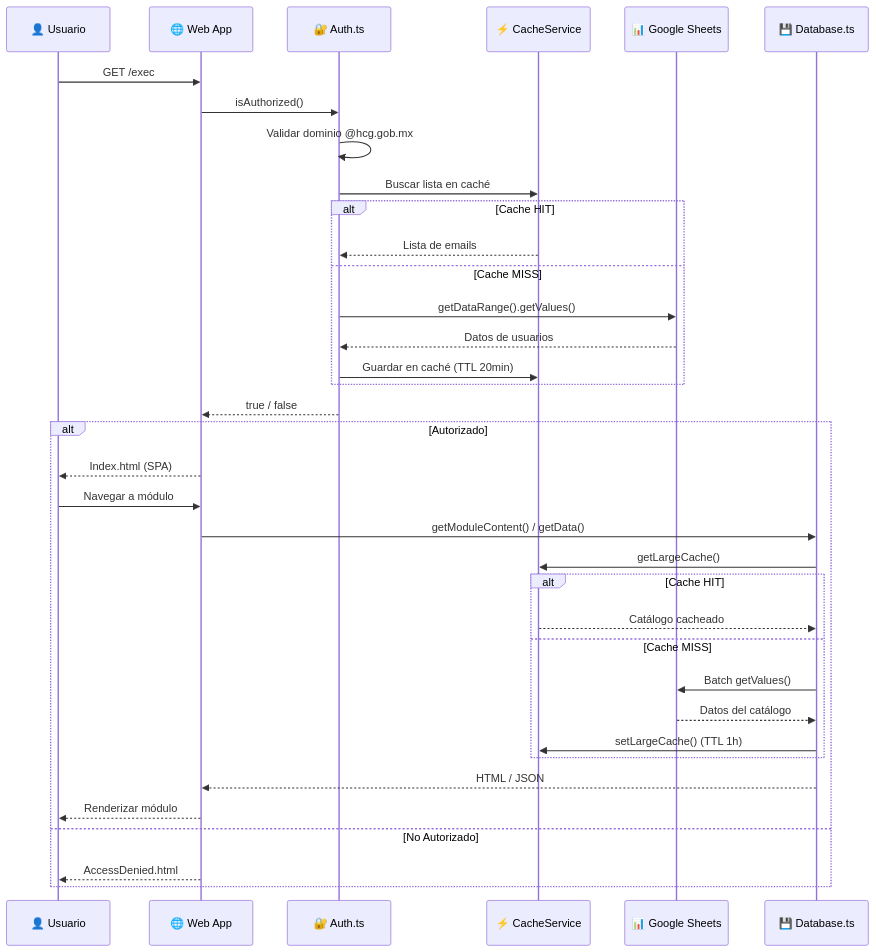
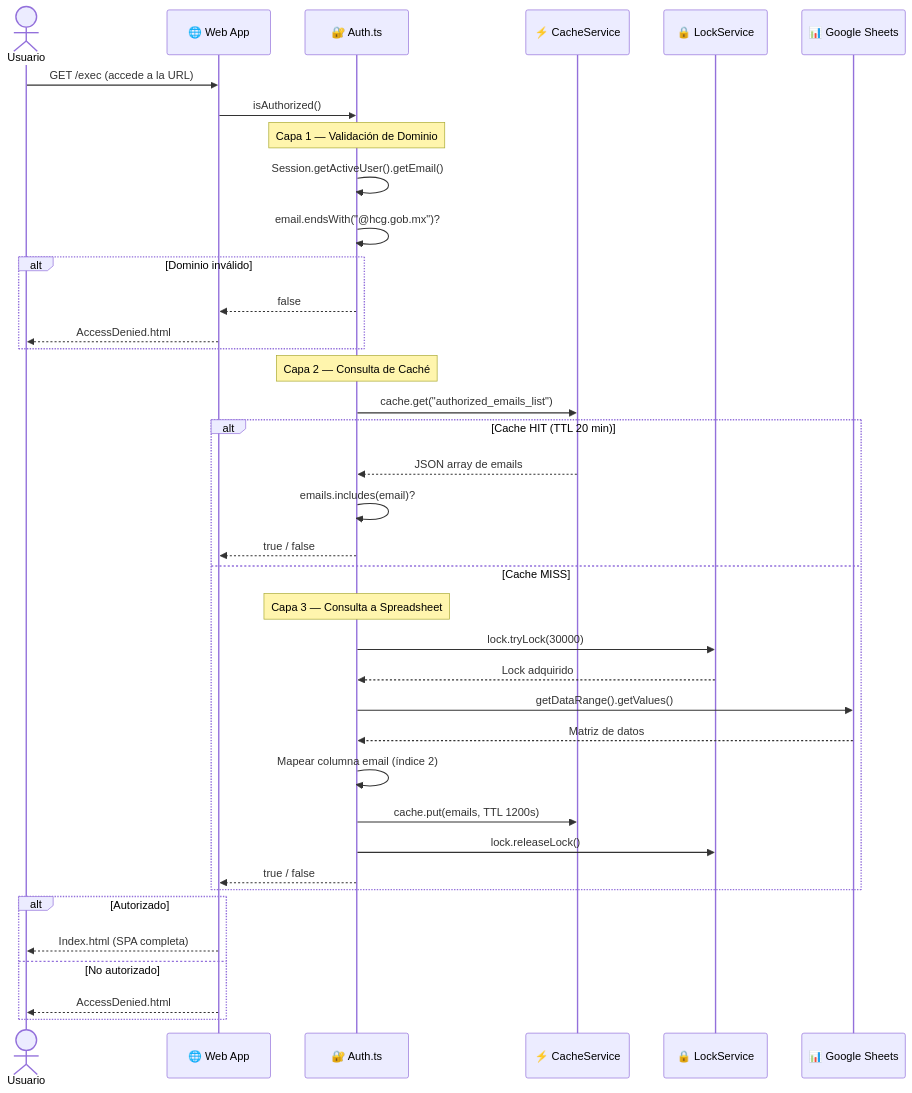
One commit to jlangarica/almacen-viveres changed the second of 9 diagrams in README.md. Above: the diagram before and after it, drawn with Mermaid. The commit also changed other lines of this file and 1 other file, not shown here.

````diff
--- a/README.md
+++ b/README.md
@@ -136,40 +223,49 @@
 ```mermaid
 sequenceDiagram
-    participant U as 👤 Usuario
-    participant W as 🌐 Web App
-    participant A as 🔐 Auth.ts
-    participant C as ⚡ CacheService
-    participant S as 📊 Google Sheets
-    participant D as 💾 Database.ts
+    actor Usuario
+    participant WEB as 🌐 Web App
+    participant AUTH as 🔐 Auth.ts
+    participant CACHE as ⚡ CacheService
+    participant LOCK as 🔒 LockService
+    participant SS as 📊 Google Sheets
 
-    U->>W: GET /exec
-    W->>A: isAuthorized()
-    A->>A: Validar dominio @hcg.gob.mx
-    A->>C: Buscar lista en caché
-    alt Cache HIT
-        C-->>A: Lista de emails
+    Usuario->>WEB: GET /exec (accede a la URL)
+    WEB->>AUTH: isAuthorized()
+
+    Note over AUTH: Capa 1 — Validación de Dominio
+
+    AUTH->>AUTH: Session.getActiveUser().getEmail()
+    AUTH->>AUTH: email.endsWith("@hcg.gob.mx")?
+
+    alt Dominio inválido
+        AUTH-->>WEB: false
+        WEB-->>Usuario: AccessDenied.html
+    end
+
+    Note over AUTH: Capa 2 — Consulta de Caché
+
+    AUTH->>CACHE: cache.get("authorized_emails_list")
+
+    alt Cache HIT (TTL 20 min)
+        CACHE-->>AUTH: JSON array de emails
+        AUTH->>AUTH: emails.includes(email)?
+        AUTH-->>WEB: true / false
     else Cache MISS
-        A->>S: getDataRange().getValues()
-        S-->>A: Datos de usuarios
-        A->>C: Guardar en caché (TTL 20min)
+        Note over AUTH: Capa 3 — Consulta a Spreadsheet
+
+        AUTH->>LOCK: lock.tryLock(30000)
+        LOCK-->>AUTH: Lock adquirido
+        AUTH->>SS: getDataRange().getValues()
+        SS-->>AUTH: Matriz de datos
+        AUTH->>AUTH: Mapear columna email (índice 2)
+        AUTH->>CACHE: cache.put(emails, TTL 1200s)
+        AUTH->>LOCK: lock.releaseLock()
+        AUTH-->>WEB: true / false
     end
-    A-->>W: true / false
 
     alt Autorizado
-        W-->>U: Index.html (SPA)
-        U->>W: Navegar a módulo
-        W->>D: getModuleContent() / getData()
-        D->>C: getLargeCache()
-        alt Cache HIT
-            C-->>D: Catálogo cacheado
-        else Cache MISS
-            D->>S: Batch getValues()
-            S-->>D: Datos del catálogo
-            D->>C: setLargeCache() (TTL 1h)
-        end
-        D-->>W: HTML / JSON
-        W-->>U: Renderizar módulo
-    else No Autorizado
-        W-->>U: AccessDenied.html
+        WEB-->>Usuario: Index.html (SPA completa)
+    else No autorizado
+        WEB-->>Usuario: AccessDenied.html
     end
 ```
````
